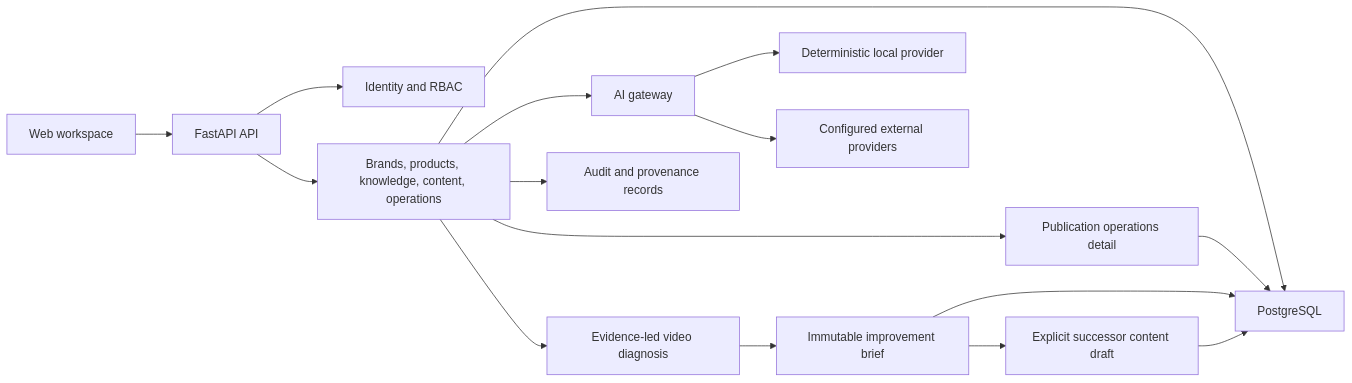
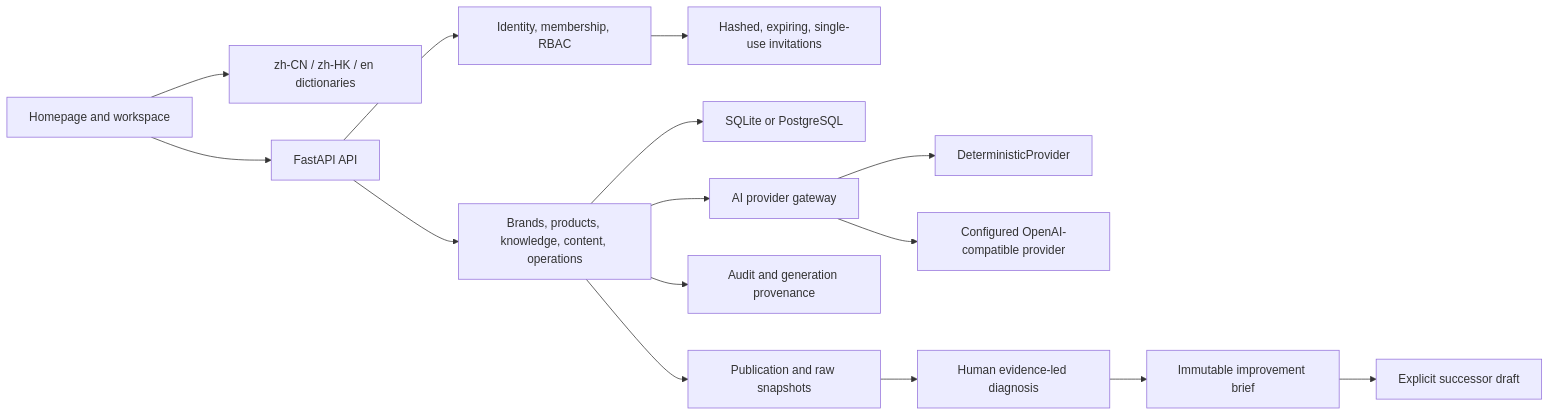
Before and after one commit to KayZhongyi/heyu-ai: the first of 2 diagrams in docs/architecture.md, drawn with Mermaid. The commit also changed other lines of this file and 26 other files, not shown here.

Commit message:
feat: add secure invitations and trilingual workspace

````diff
--- a/docs/architecture.md
+++ b/docs/architecture.md
@@ -19,18 +16,17 @@
 ```mermaid
 flowchart LR
-  Web["Web workspace"] --> API["FastAPI API"]
-  API --> Auth["Identity and RBAC"]
+  Web["Homepage and workspace"] --> I18n["zh-CN / zh-HK / en dictionaries"]
+  Web --> API["FastAPI API"]
+  API --> Auth["Identity, membership, RBAC"]
+  Auth --> Invite["Hashed, expiring, single-use invitations"]
   API --> Domain["Brands, products, knowledge, content, operations"]
-  Domain --> DB["PostgreSQL"]
-  Domain --> Gateway["AI gateway"]
-  Domain --> Diagnosis["Evidence-led video diagnosis"]
-  Domain --> PublicationDetail["Publication operations detail"]
+  Domain --> DB["SQLite or PostgreSQL"]
+  Domain --> Gateway["AI provider gateway"]
+  Gateway --> Deterministic["DeterministicProvider"]
+  Gateway --> External["Configured OpenAI-compatible provider"]
+  Domain --> Audit["Audit and generation provenance"]
+  Domain --> Publication["Publication and raw snapshots"]
+  Publication --> Diagnosis["Human evidence-led diagnosis"]
   Diagnosis --> Brief["Immutable improvement brief"]
-  Brief --> Version["Explicit successor content draft"]
-  Gateway --> Mock["Deterministic local provider"]
-  Gateway --> Providers["Configured external providers"]
-  Domain --> Audit["Audit and provenance records"]
-  PublicationDetail --> DB
-  Brief --> DB
-  Version --> DB
+  Brief --> Version["Explicit successor draft"]
 ```
````
